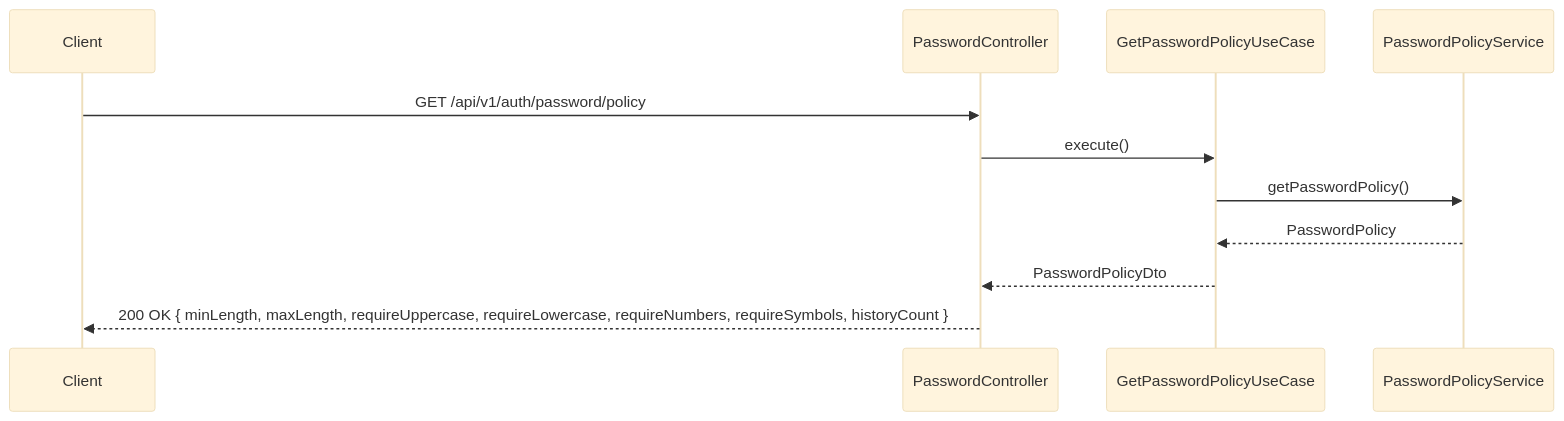
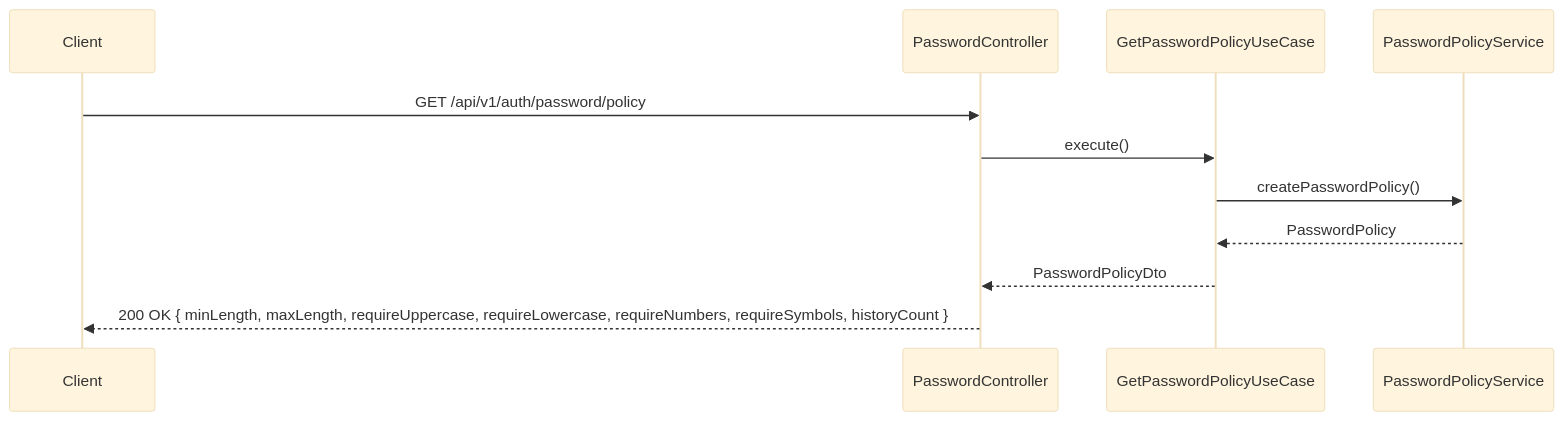
The third of 3 diagrams in docs/detailed-design/MWD-32_password-policy-implementation/sequence-diagrams.md (kencom2400/MrWebDefence-Console), drawn with Mermaid (base theme) before and after one commit. The commit also changed other lines of this file and 4 other files, not shown here.

````diff
--- a/docs/detailed-design/MWD-32_password-policy-implementation/sequence-diagrams.md
+++ b/docs/detailed-design/MWD-32_password-policy-implementation/sequence-diagrams.md
@@ -88,16 +98,16 @@
 ```mermaid
 sequenceDiagram
     participant Client
     participant PasswordController
     participant GetPasswordPolicyUseCase
     participant PasswordPolicyService
 
     Client->>PasswordController: GET /api/v1/auth/password/policy
     PasswordController->>GetPasswordPolicyUseCase: execute()
     
-    GetPasswordPolicyUseCase->>PasswordPolicyService: getPasswordPolicy()
+    GetPasswordPolicyUseCase->>PasswordPolicyService: createPasswordPolicy()
     PasswordPolicyService-->>GetPasswordPolicyUseCase: PasswordPolicy
     
     GetPasswordPolicyUseCase-->>PasswordController: PasswordPolicyDto
     PasswordController-->>Client: 200 OK { minLength, maxLength, requireUppercase, requireLowercase, requireNumbers, requireSymbols, historyCount }
 ```
````
